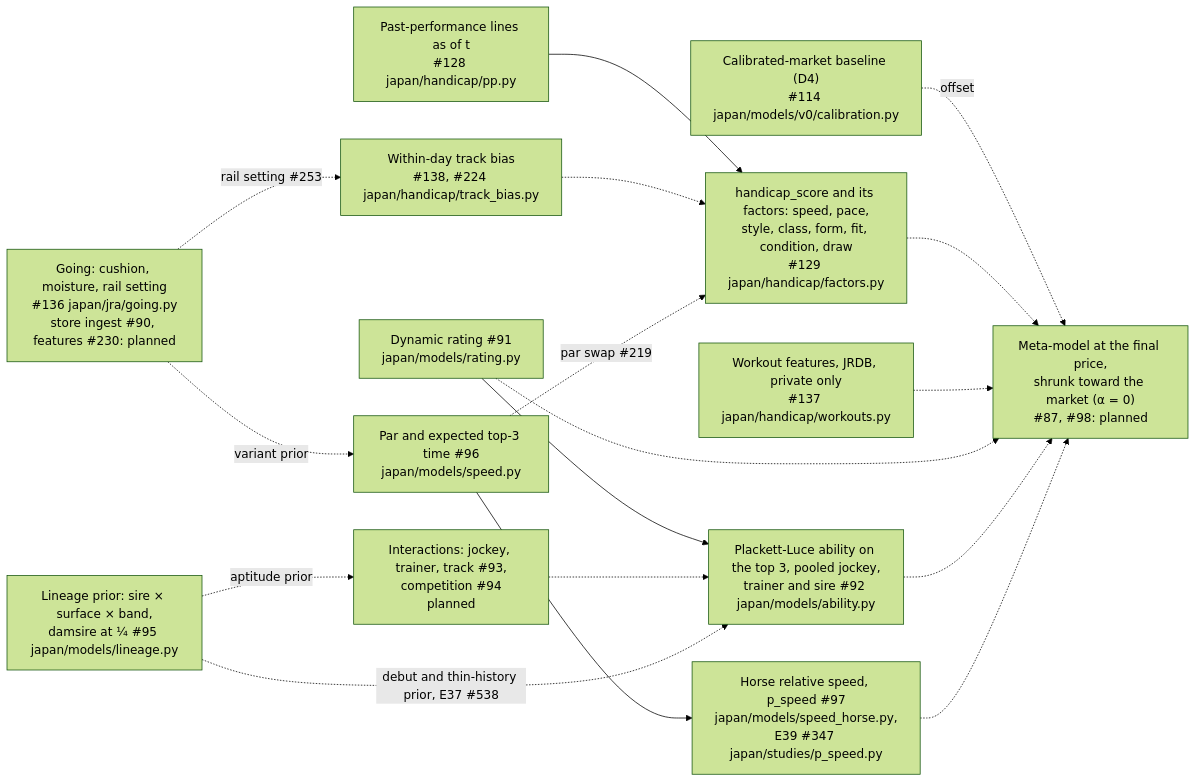
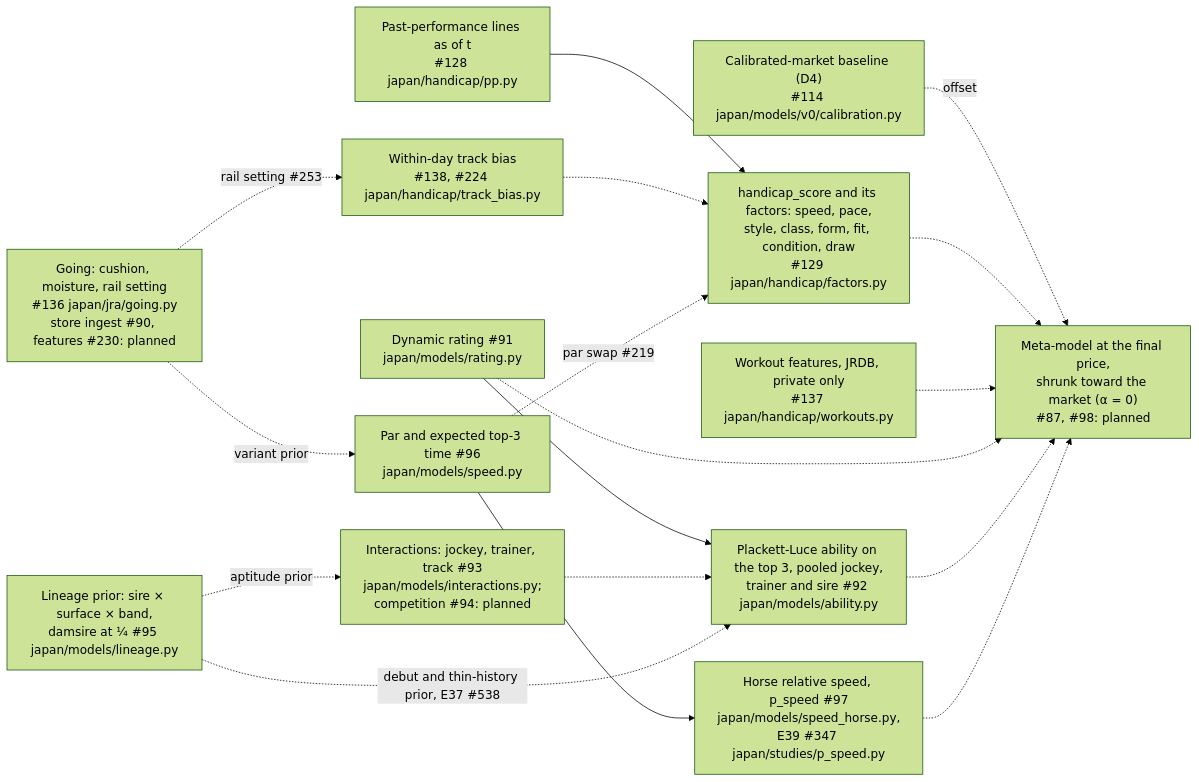
One commit to rjeskuri/HorseTrackBetting changed the third of 6 diagrams in docs/modeling.md. Above: the diagram before and after it, drawn with Mermaid (forest theme). The commit also changed other lines of this file and 10 other files, not shown here.

First line of the commit message:
Build the per-horse interaction model: jockey, trainer, track (#93) (#569)

````diff
--- a/docs/modeling.md
+++ b/docs/modeling.md
@@ -142,32 +142,32 @@
 ```mermaid
 flowchart LR
     PP["Past-performance lines as of t<br/>#128 japan/handicap/pp.py"]
     HCP["handicap_score and its factors: speed, pace,<br/>style, class, form, fit, condition, draw<br/>#129 japan/handicap/factors.py"]
     WRK["Workout features, JRDB, private only<br/>#137 japan/handicap/workouts.py"]
     GOING["Going: cushion, moisture, rail setting<br/>#136 japan/jra/going.py<br/>store ingest #90, features #230: planned"]
     BIAS["Within-day track bias<br/>#138, #224 japan/handicap/track_bias.py"]
     RAT["Dynamic rating #91<br/>japan/models/rating.py"]
-    INT["Interactions: jockey, trainer, track #93,<br/>competition #94<br/>planned"]
+    INT["Interactions: jockey, trainer, track #93<br/>japan/models/interactions.py;<br/>competition #94: planned"]
     LIN["Lineage prior: sire × surface × band,<br/>damsire at ¼ #95 japan/models/lineage.py"]
     PL["Plackett-Luce ability on the top 3, pooled jockey,<br/>trainer and sire #92 japan/models/ability.py"]
     PAR["Par and expected top-3 time #96<br/>japan/models/speed.py"]
     PSPD["Horse relative speed, p_speed #97<br/>japan/models/speed_horse.py,<br/>E39 #347 japan/studies/p_speed.py"]
     MKT["Calibrated-market baseline (D4)<br/>#114 japan/models/v0/calibration.py"]
     META["Meta-model at the final price,<br/>shrunk toward the market (α = 0)<br/>#87, #98: planned"]
     PP --> HCP
     BIAS -.-> HCP
     PAR -.->|"par swap #219"| HCP
     GOING -.->|"rail setting #253"| BIAS
     GOING -.->|"variant prior"| PAR
     PAR --> PSPD
     RAT --> PL
     INT -.-> PL
     LIN -.->|"debut and thin-history prior, E37 #538"| PL
     LIN -.->|"aptitude prior"| INT
     MKT -.->|"offset"| META
     HCP -.-> META
     WRK -.-> META
     RAT -.-> META
     PL -.-> META
     PSPD -.-> META
 ```
````
